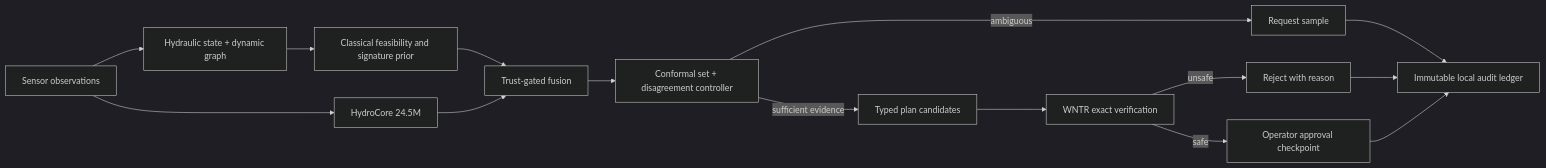
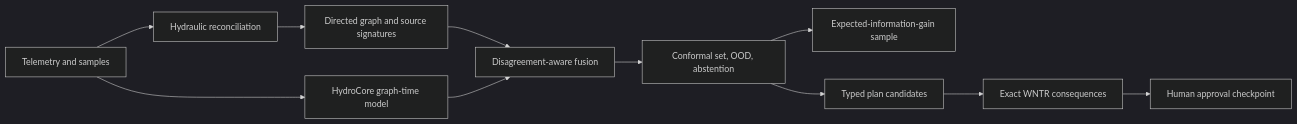
One commit to insightlabs38-pixel/HydroSwarm changed the diagram in README.md. Above: the diagram before and after it, drawn with Mermaid (dark theme). The commit also changed other lines of this file and 9 other files, not shown here.

````diff
--- a/README.md
+++ b/README.md
@@ -52,17 +60,13 @@
 ```mermaid
 flowchart LR
-  O["Sensor observations"] --> H["Hydraulic state + dynamic graph"]
-  H --> C["Classical feasibility and signature prior"]
-  O --> N["HydroCore 24.5M"]
-  C --> F["Trust-gated fusion"]
+  O["Telemetry and samples"] --> H["Hydraulic reconciliation"]
+  H --> C["Directed graph and source signatures"]
+  O --> N["HydroCore graph-time model"]
+  C --> F["Disagreement-aware fusion"]
   N --> F
-  F --> U["Conformal set + disagreement controller"]
-  U -->|ambiguous| S["Request sample"]
-  U -->|sufficient evidence| P["Typed plan candidates"]
-  P --> V["WNTR exact verification"]
-  V -->|unsafe| R["Reject with reason"]
-  V -->|safe| A["Operator approval checkpoint"]
-  S --> L["Immutable local audit ledger"]
-  R --> L
-  A --> L
+  F --> U["Conformal set, OOD, abstention"]
+  U --> S["Expected-information-gain sample"]
+  U --> P["Typed plan candidates"]
+  P --> V["Exact WNTR consequences"]
+  V --> A["Human approval checkpoint"]
 ```
````
